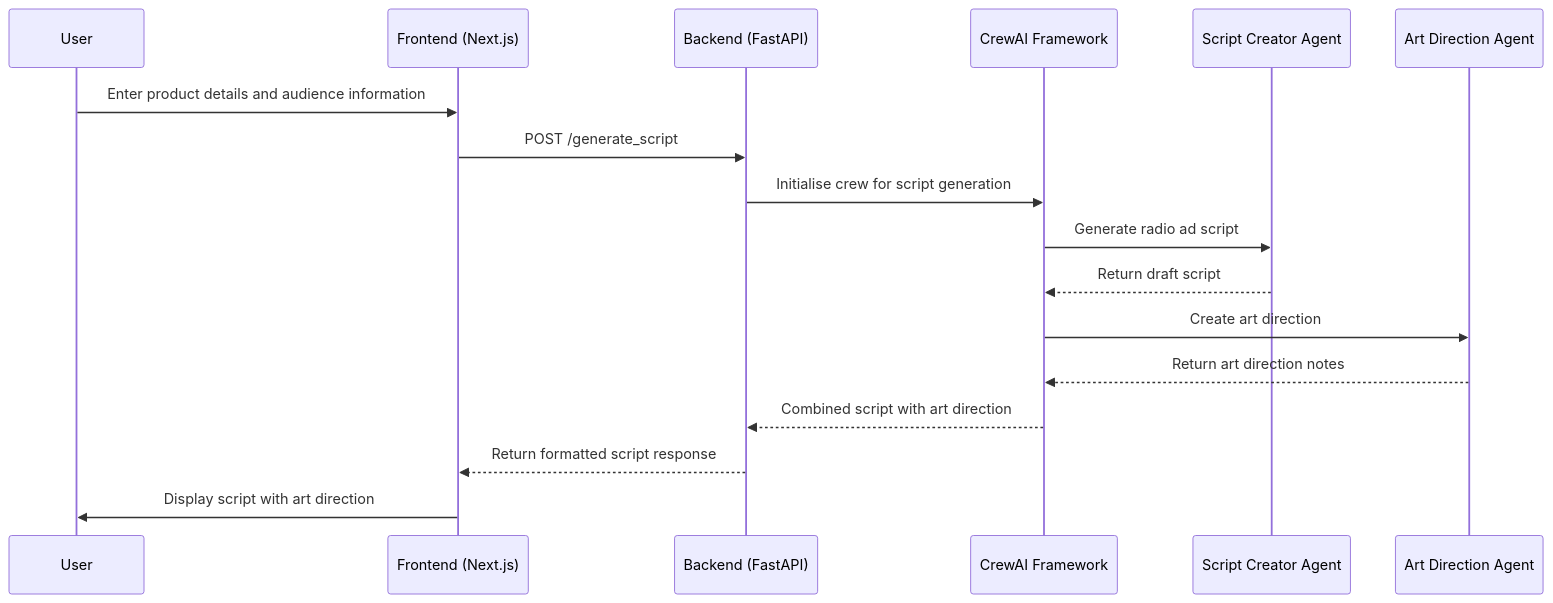
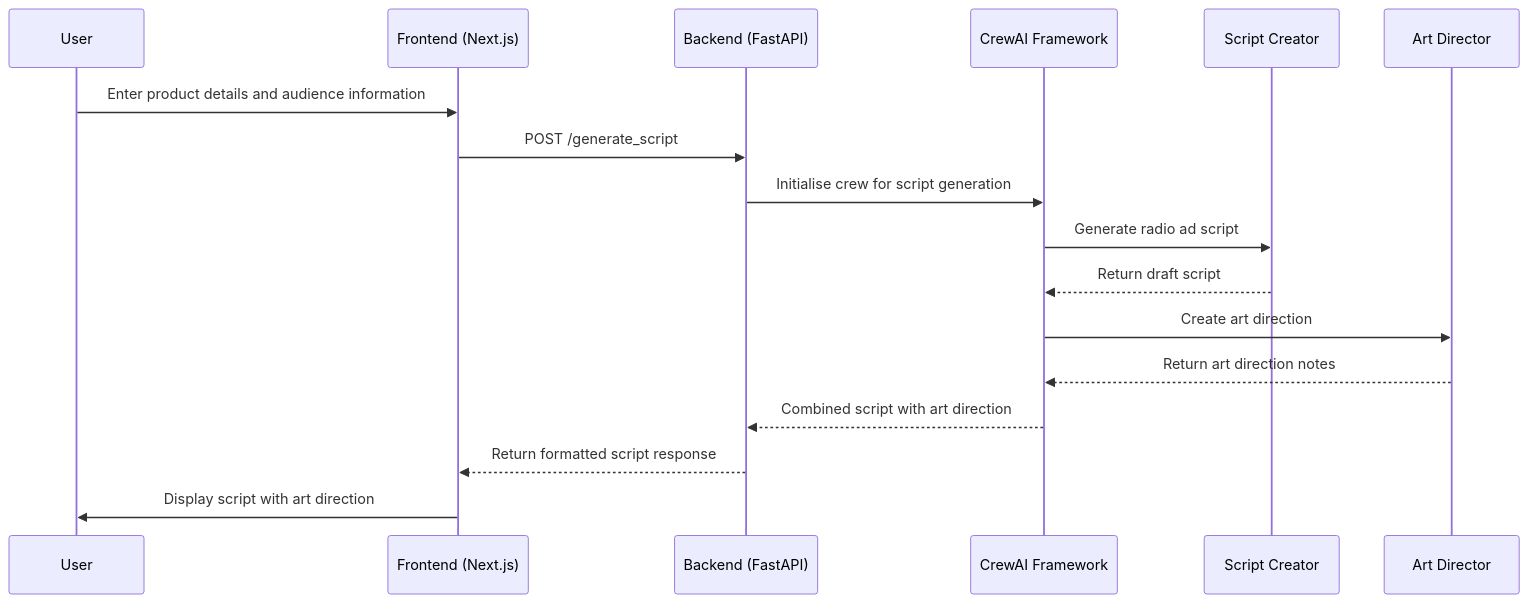
Before and after one commit to abhivir-42/marketing-app-ad-gen: the second of 7 diagrams in project-presentation.md, drawn with Mermaid. The commit also changed other lines of this file, not shown here.

Commit message:
Fix: Text truncation in diagrams, more code examples, small fixes in presentation.

````diff
--- a/project-presentation.md
+++ b/project-presentation.md
@@ -135,20 +139,20 @@
 ```mermaid
 sequenceDiagram
     participant User as User
     participant FE as Frontend (Next.js)
     participant BE as Backend (FastAPI)
     participant CrewAI as CrewAI Framework
-    participant ScriptAgent as Script Creator Agent
-    participant ArtAgent as Art Direction Agent
+    participant ScriptAgent as Script Creator
+    participant ArtAgent as Art Director
 
     User->>FE: Enter product details and audience information
     FE->>BE: POST /generate_script
     BE->>CrewAI: Initialise crew for script generation
     CrewAI->>ScriptAgent: Generate radio ad script
     ScriptAgent-->>CrewAI: Return draft script
     CrewAI->>ArtAgent: Create art direction
     ArtAgent-->>CrewAI: Return art direction notes
     CrewAI-->>BE: Combined script with art direction
     BE-->>FE: Return formatted script response
     FE->>User: Display script with art direction
 ```
````
